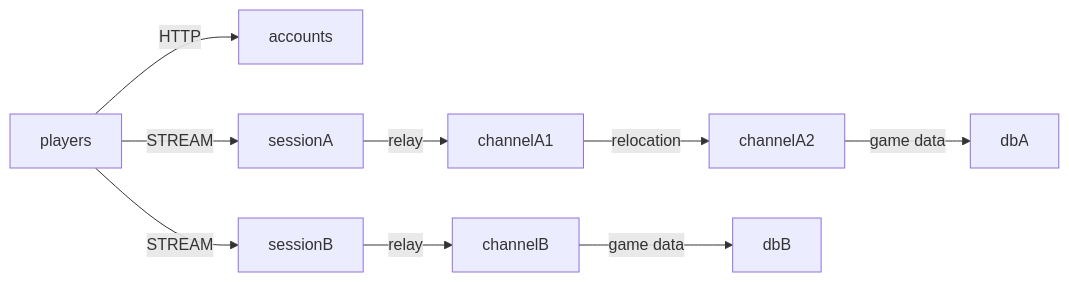
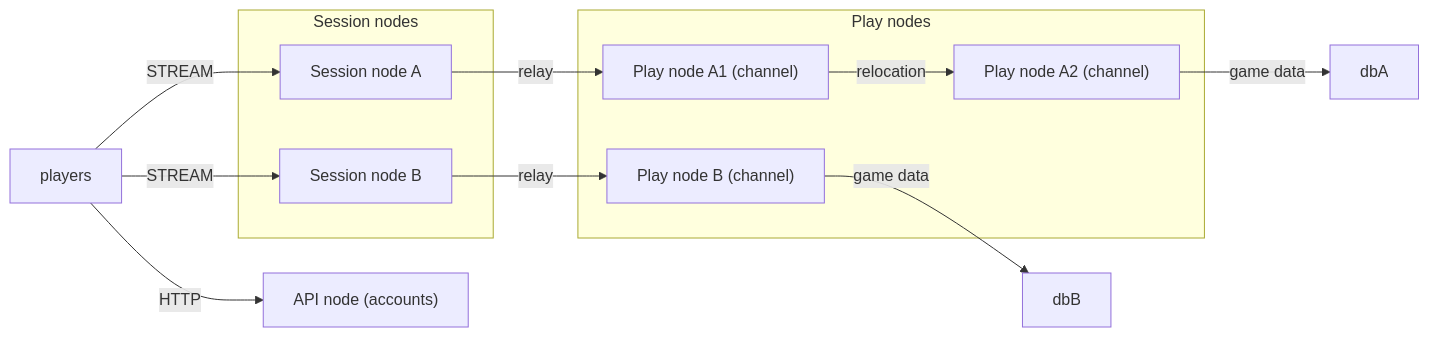
Before and after one commit to zlink-systems/zlink: the diagram in framework/languages/java/templates/java/mmo-world-channels/my-game/README.md, drawn with Mermaid. The commit also changed other lines of this file and 223 other files, not shown here.

First line of the commit message:
docs(templates): 모든 템플릿의 노드 이름을 Session node · Play node · API node로 (#5350)

````diff
--- a/framework/languages/java/templates/java/mmo-world-channels/my-game/README.md
+++ b/framework/languages/java/templates/java/mmo-world-channels/my-game/README.md
@@ -5,11 +5,20 @@
 ```mermaid
 flowchart LR
-  players -->|HTTP| accounts
+  subgraph sessionNodes["Session nodes"]
+    sessionA["Session node A"]
+    sessionB["Session node B"]
+  end
+  subgraph playNodes["Play nodes"]
+    channelA1["Play node A1 (channel)"]
+    channelB["Play node B (channel)"]
+    channelA2["Play node A2 (channel)"]
+  end
+  players -->|HTTP| accounts["API node (accounts)"]
   players -->|STREAM| sessionA
   players -->|STREAM| sessionB
   sessionA -->|relay| channelA1
   sessionB -->|relay| channelB
   channelA1 -->|relocation| channelA2
   channelA2 -->|game data| dbA
   channelB -->|game data| dbB
 ```
````
